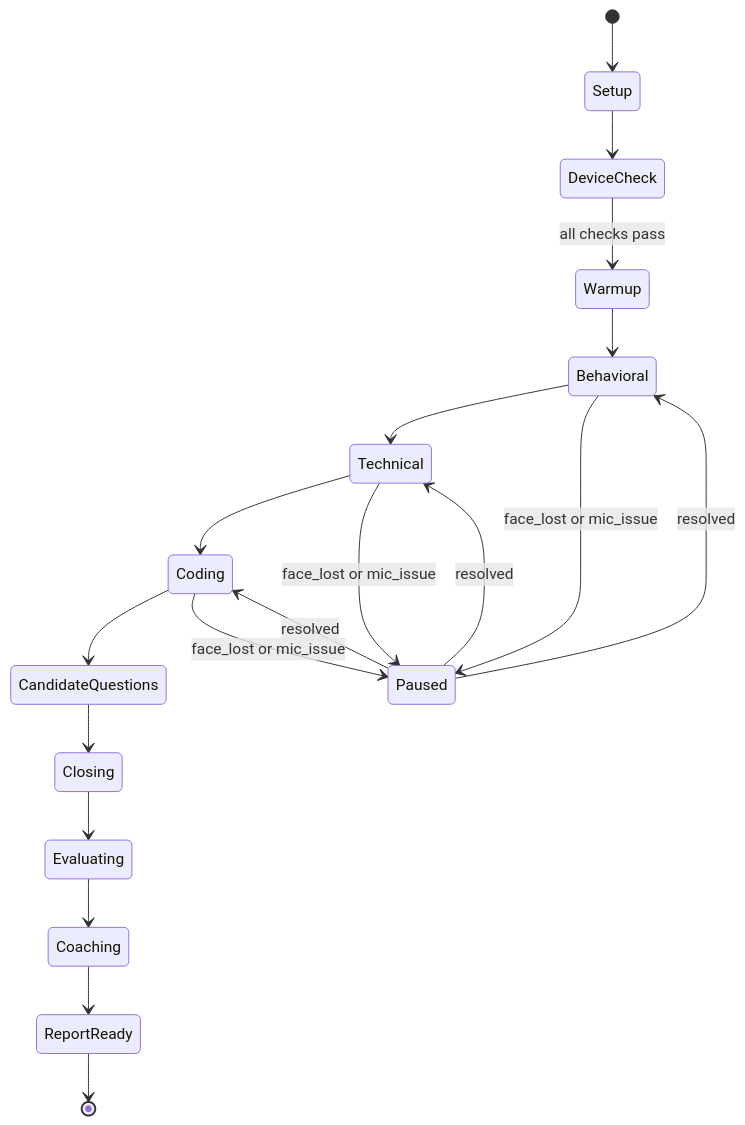
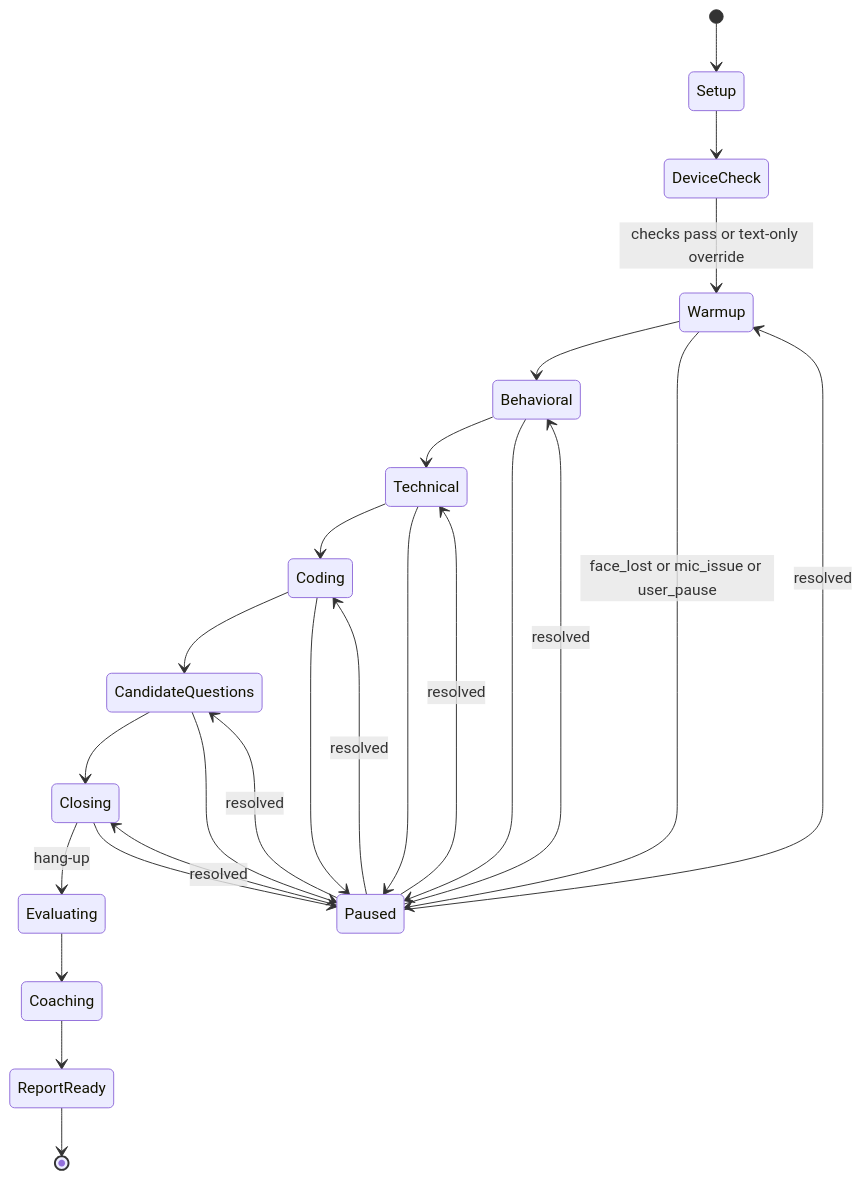
The second of 2 diagrams in mockroom-v2-2-system-architecture.md (abhi2005sm/MockRoom), drawn with Mermaid before and after one commit. The commit also changed other lines of this file and 27 other files, not shown here.

Commit message:
feat: update system architecture and orchestrator service for enhanced interview flow and persona management

````diff
--- a/mockroom-v2-2-system-architecture.md
+++ b/mockroom-v2-2-system-architecture.md
@@ -134,22 +242,28 @@
 ```mermaid
 stateDiagram-v2
   [*] --> Setup
   Setup --> DeviceCheck
-  DeviceCheck --> Warmup: all checks pass
+  DeviceCheck --> Warmup: checks pass or text-only override
   Warmup --> Behavioral
   Behavioral --> Technical
   Technical --> Coding
   Coding --> CandidateQuestions
   CandidateQuestions --> Closing
-  Closing --> Evaluating
+  Closing --> Evaluating: hang-up
   Evaluating --> Coaching
   Coaching --> ReportReady
   ReportReady --> [*]
 
-  Behavioral --> Paused: face_lost or mic_issue
-  Technical --> Paused: face_lost or mic_issue
-  Coding --> Paused: face_lost or mic_issue
+  Warmup --> Paused: face_lost or mic_issue or user_pause
+  Behavioral --> Paused
+  Technical --> Paused
+  Coding --> Paused
+  CandidateQuestions --> Paused
+  Closing --> Paused
+  Paused --> Warmup: resolved
   Paused --> Behavioral: resolved
   Paused --> Technical: resolved
   Paused --> Coding: resolved
+  Paused --> CandidateQuestions: resolved
+  Paused --> Closing: resolved
 ```
````
